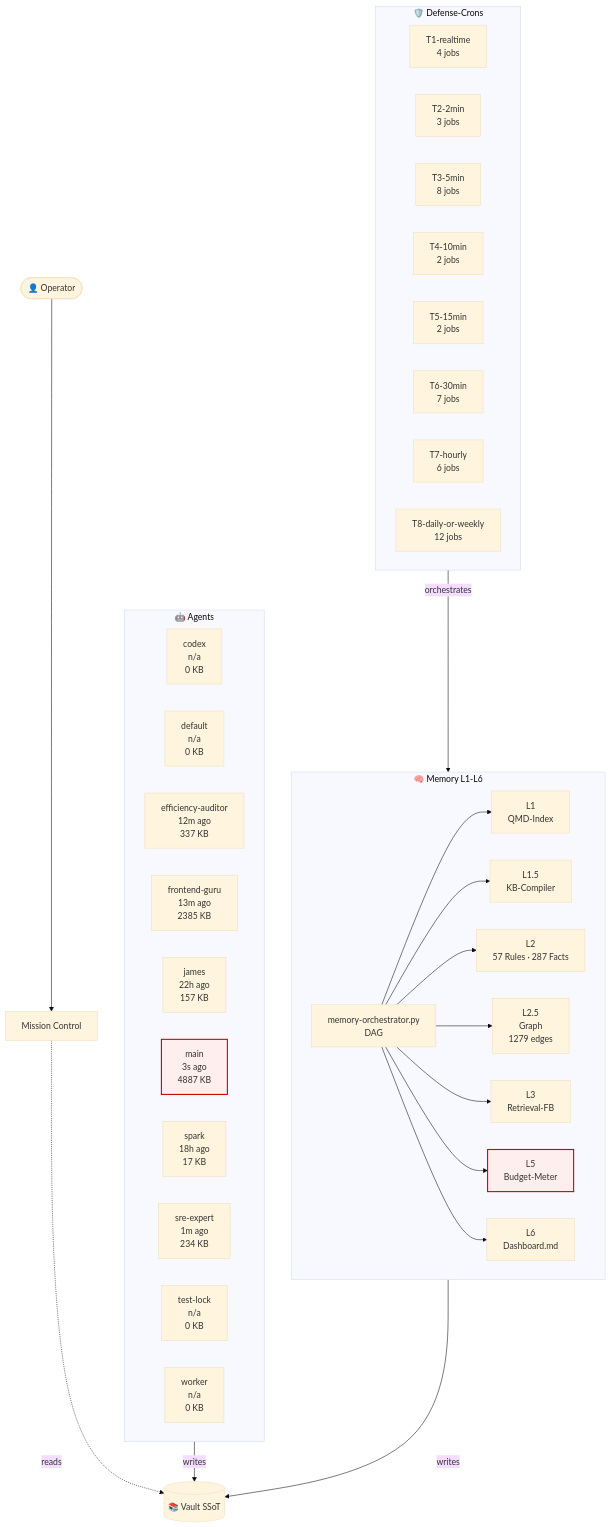
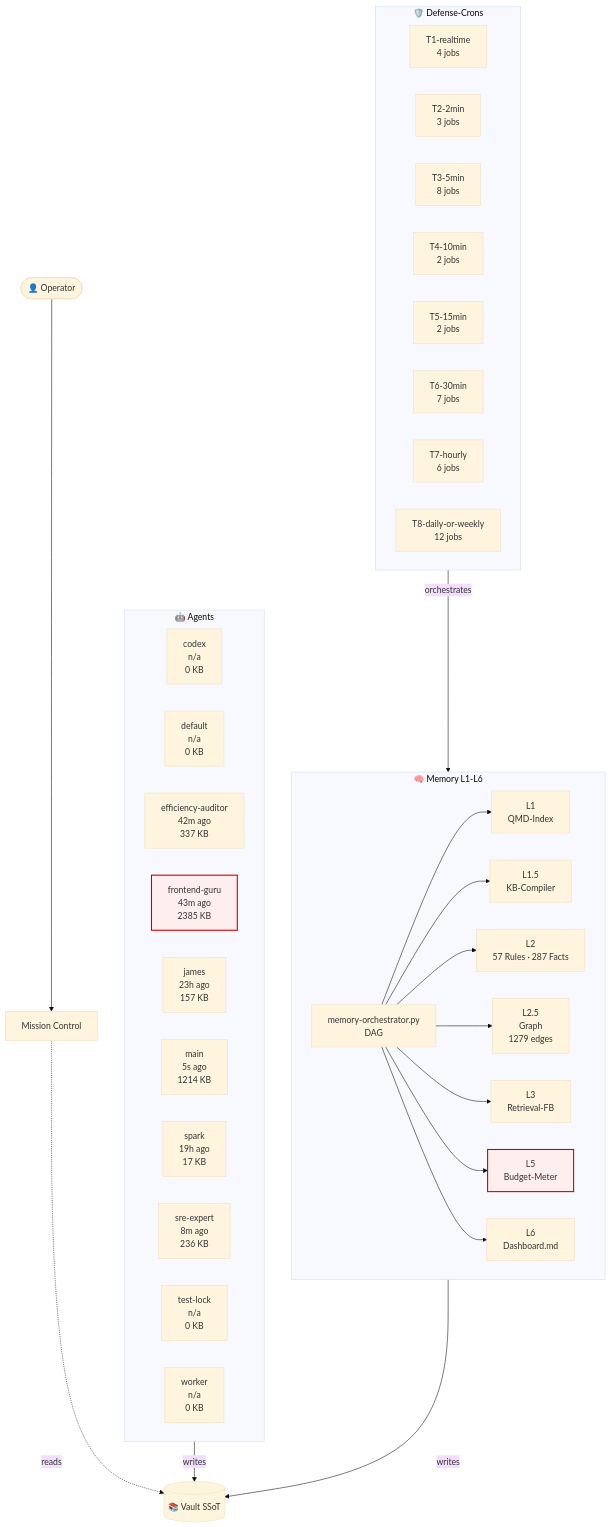
One commit to lenardhuebner88-rgb/openclaw-memory changed the diagram in 03-Agents/architecture-live.md. Above: the diagram before and after it, drawn with Mermaid (base theme). The commit also changed other lines of this file and 13 other files, not shown here.

````diff
--- a/03-Agents/architecture-live.md
+++ b/03-Agents/architecture-live.md
@@ -18,53 +18,53 @@
 ```mermaid
 flowchart TB
     classDef critical fill:#fee,stroke:#c00,stroke-width:2px;
     subgraph AGT["🤖 Agents"]
         agent_codex["codex<br/>n/a<br/>0 KB"]
         agent_default["default<br/>n/a<br/>0 KB"]
-        agent_efficiency_auditor["efficiency-auditor<br/>12m ago<br/>337 KB"]
-        agent_frontend_guru["frontend-guru<br/>13m ago<br/>2385 KB"]
-        agent_james["james<br/>22h ago<br/>157 KB"]
-        agent_main["main<br/>3s ago<br/>4887 KB"]
-        agent_spark["spark<br/>18h ago<br/>17 KB"]
-        agent_sre_expert["sre-expert<br/>1m ago<br/>234 KB"]
+        agent_efficiency_auditor["efficiency-auditor<br/>42m ago<br/>337 KB"]
+        agent_frontend_guru["frontend-guru<br/>43m ago<br/>2385 KB"]
+        agent_james["james<br/>23h ago<br/>157 KB"]
+        agent_main["main<br/>5s ago<br/>1214 KB"]
+        agent_spark["spark<br/>19h ago<br/>17 KB"]
+        agent_sre_expert["sre-expert<br/>8m ago<br/>236 KB"]
         agent_test_lock["test-lock<br/>n/a<br/>0 KB"]
         agent_worker["worker<br/>n/a<br/>0 KB"]
     end
     subgraph MEM["🧠 Memory L1-L6"]
         L1["L1<br/>QMD-Index"]
         L15["L1.5<br/>KB-Compiler"]
         L2["L2<br/>57 Rules · 287 Facts"]
         L25["L2.5<br/>Graph<br/>1279 edges"]
         L3["L3<br/>Retrieval-FB"]
         L5["L5<br/>Budget-Meter"]
         L6["L6<br/>Dashboard.md"]
         ORCH["memory-orchestrator.py<br/>DAG"]
     end
     subgraph CRN["🛡️ Defense-Crons"]
         tier_T1_realtime["T1-realtime<br/>4 jobs"]
         tier_T2_2min["T2-2min<br/>3 jobs"]
         tier_T3_5min["T3-5min<br/>8 jobs"]
         tier_T4_10min["T4-10min<br/>2 jobs"]
         tier_T5_15min["T5-15min<br/>2 jobs"]
         tier_T6_30min["T6-30min<br/>7 jobs"]
         tier_T7_hourly["T7-hourly<br/>6 jobs"]
         tier_T8_daily_or_weekly["T8-daily-or-weekly<br/>12 jobs"]
     end
     VAULT[("📚 Vault SSoT")]
     OP([👤 Operator])
     MC["Mission Control"]
     OP --> MC
     MC -.reads.-> VAULT
     AGT -->|writes| VAULT
     MEM -->|writes| VAULT
     ORCH --> L1
     ORCH --> L15
     ORCH --> L2
     ORCH --> L25
     ORCH --> L3
     ORCH --> L5
     ORCH --> L6
     CRN -->|orchestrates| MEM
     class L5 critical
-    class agent_main critical
+    class agent_frontend_guru critical
 ```
````
